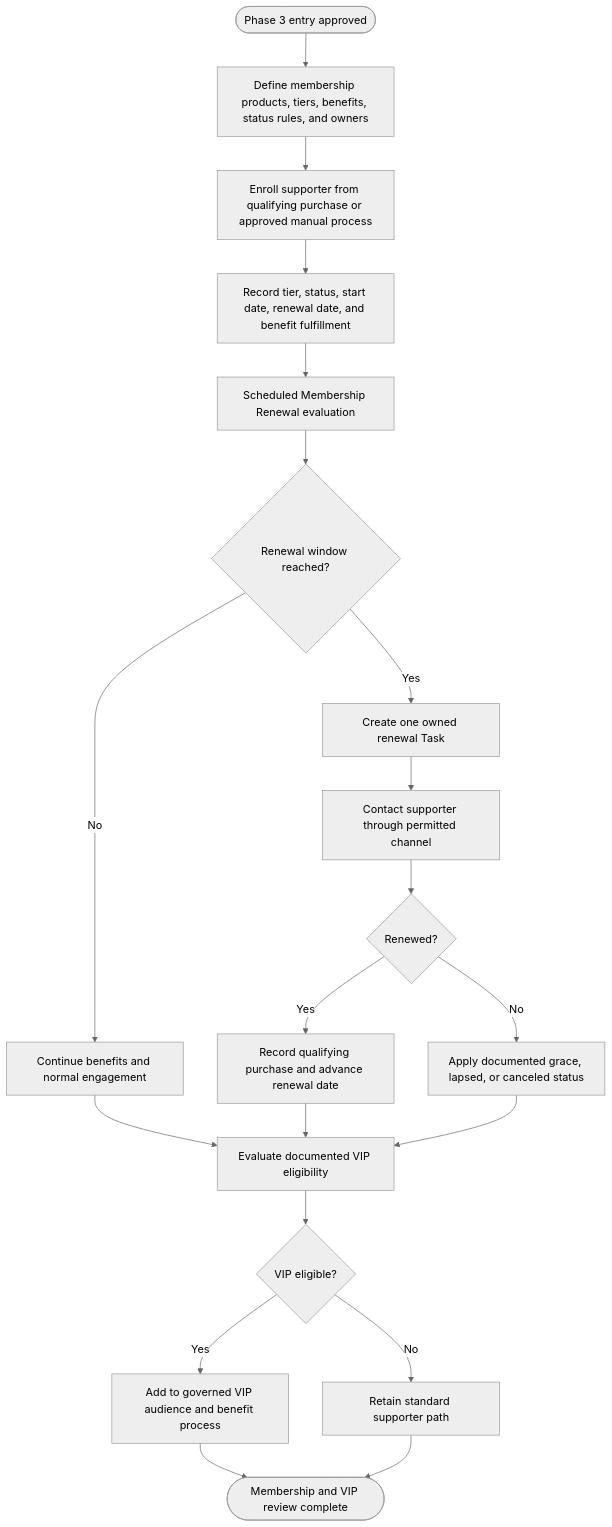
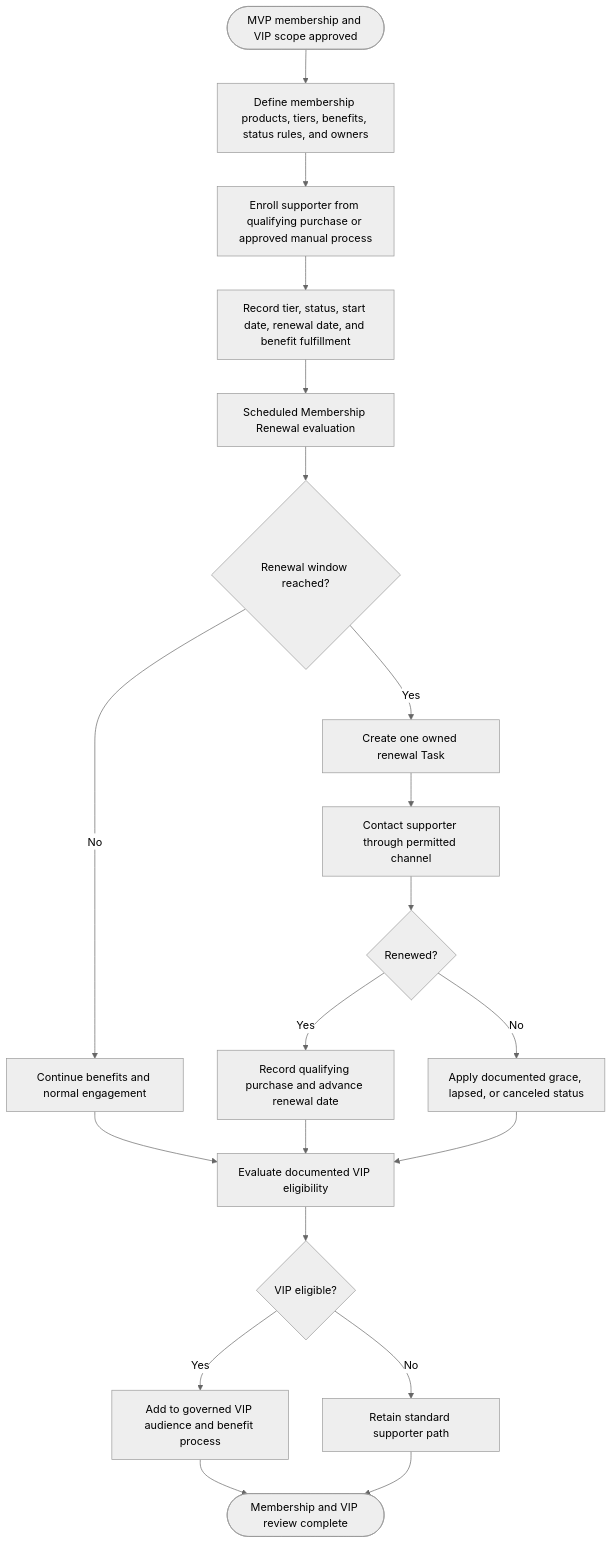
The diagram in 02-discovery/01-business-process-maps/08-membership-renewal-vip.md (crsauer91/milehighdreamin), drawn with Mermaid (neutral theme) before and after one commit. The commit also changed other lines of this file, not shown here.

Commit message:
Reconcile MHD strategy decisions

````diff
--- a/02-discovery/01-business-process-maps/08-membership-renewal-vip.md
+++ b/02-discovery/01-business-process-maps/08-membership-renewal-vip.md
@@ -3,22 +3,22 @@
 ```mermaid
 flowchart TD
-    A([Phase 3 entry approved]) --> B[Define membership products, tiers, benefits, status rules, and owners]
+    A([MVP membership and VIP scope approved]) --> B[Define membership products, tiers, benefits, status rules, and owners]
     B --> C[Enroll supporter from qualifying purchase or approved manual process]
     C --> D[Record tier, status, start date, renewal date, and benefit fulfillment]
     D --> E[Scheduled Membership Renewal evaluation]
     E --> F{Renewal window reached?}
     F -- No --> G[Continue benefits and normal engagement]
     F -- Yes --> H[Create one owned renewal Task]
     H --> I[Contact supporter through permitted channel]
     I --> J{Renewed?}
     J -- Yes --> K[Record qualifying purchase and advance renewal date]
     J -- No --> L[Apply documented grace, lapsed, or canceled status]
     G --> M[Evaluate documented VIP eligibility]
     K --> M
     L --> M
     M --> N{VIP eligible?}
     N -- Yes --> O[Add to governed VIP audience and benefit process]
     N -- No --> P[Retain standard supporter path]
     O --> Q([Membership and VIP review complete])
     P --> Q
 ```
````
